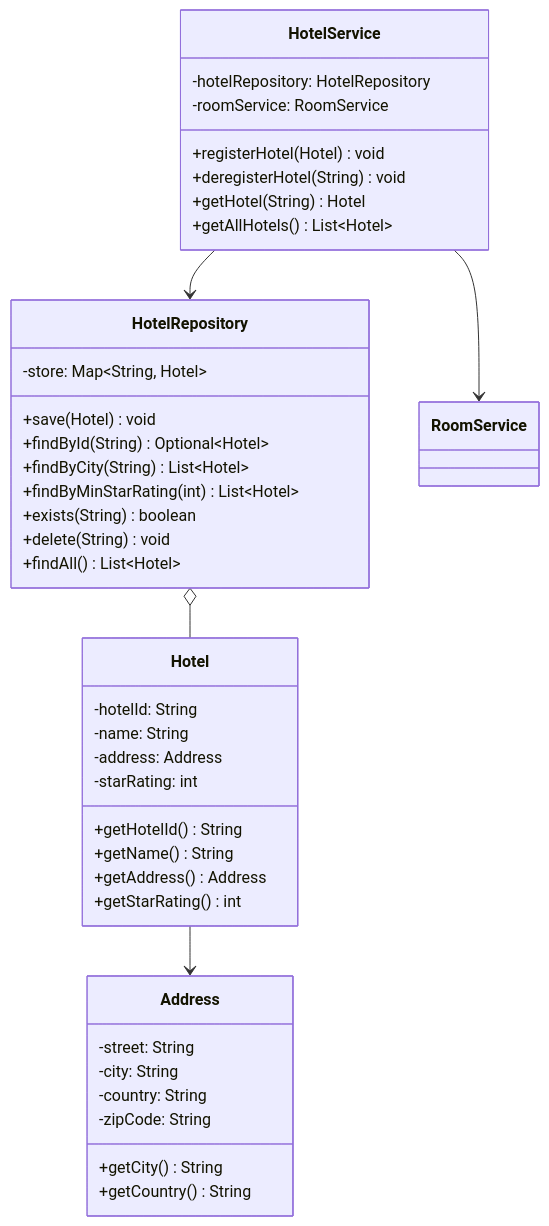
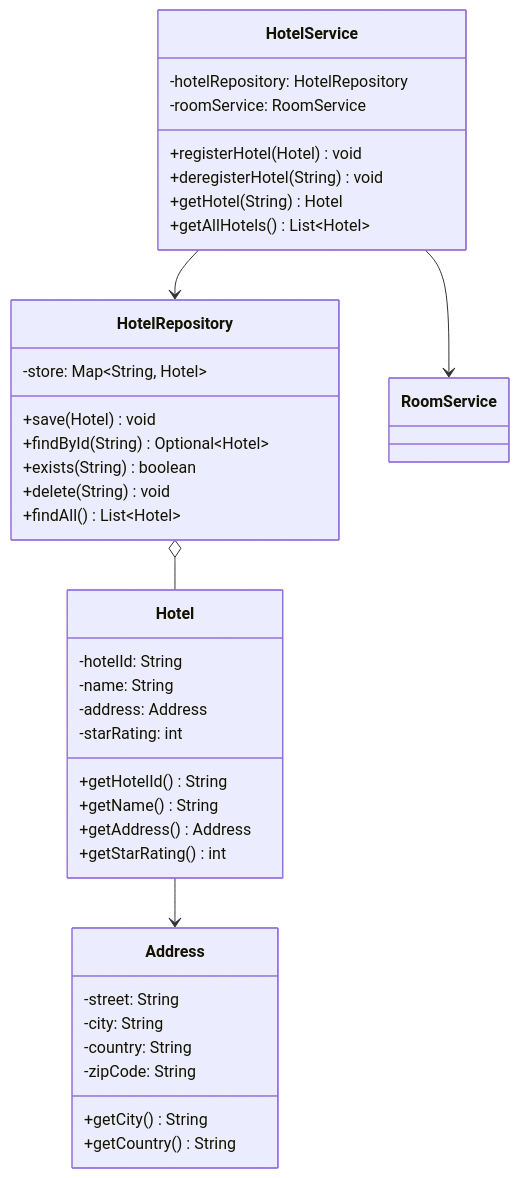
One commit to Arnavjain1703/LLD changed the first of 9 diagrams in HotelManagement/HMS_Class_Diagrams.md. Above: the diagram before and after it, drawn with Mermaid. The commit also changed other lines of this file, not shown here.

````diff
--- a/HotelManagement/HMS_Class_Diagrams.md
+++ b/HotelManagement/HMS_Class_Diagrams.md
@@ -11,47 +14,45 @@
 ```mermaid
 classDiagram
     class Hotel {
         -hotelId: String
         -name: String
         -address: Address
         -starRating: int
         +getHotelId() String
         +getName() String
         +getAddress() Address
         +getStarRating() int
     }
 
     class Address {
         -street: String
         -city: String
         -country: String
         -zipCode: String
         +getCity() String
         +getCountry() String
     }
 
     class HotelRepository {
         -store: Map~String, Hotel~
         +save(Hotel) void
         +findById(String) Optional~Hotel~
-        +findByCity(String) List~Hotel~
-        +findByMinStarRating(int) List~Hotel~
         +exists(String) boolean
         +delete(String) void
         +findAll() List~Hotel~
     }
 
     class HotelService {
         -hotelRepository: HotelRepository
         -roomService: RoomService
         +registerHotel(Hotel) void
         +deregisterHotel(String) void
         +getHotel(String) Hotel
         +getAllHotels() List~Hotel~
     }
 
     Hotel            -->  Address
     HotelRepository  o--  Hotel
     HotelService     -->  HotelRepository
     HotelService     -->  RoomService
 ```
````
